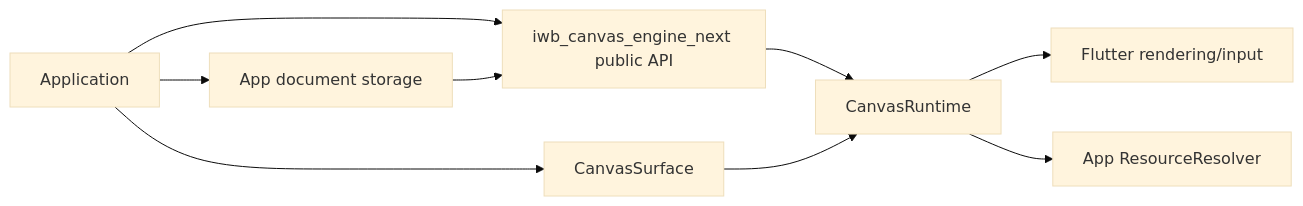
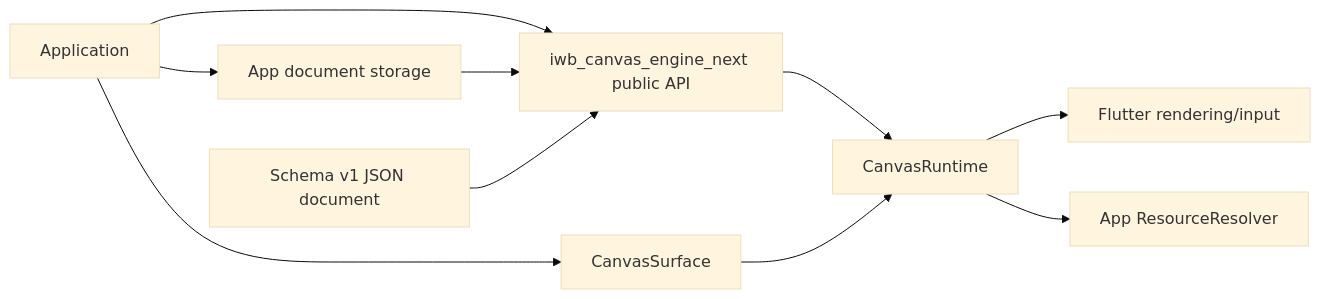
The first of 2 diagrams in next/iwb_canvas_engine_next/docs/architecture/diagrams.md (GreatPika/iwb_canvas_engine), drawn with Mermaid (base theme) before and after one commit. The commit also changed other lines of this file and 12 other files, not shown here.

First line of the commit message:
docs: align next engine diagrams with contracts

````diff
--- a/next/iwb_canvas_engine_next/docs/architecture/diagrams.md
+++ b/next/iwb_canvas_engine_next/docs/architecture/diagrams.md
@@ -74,11 +74,12 @@
 ```mermaid
 flowchart LR
   App[Application] --> API[iwb_canvas_engine_next public API]
   API --> Runtime[CanvasRuntime]
   App --> Surface[CanvasSurface]
   Surface --> Runtime
   Runtime --> Flutter[Flutter rendering/input]
   Runtime --> Resolver[App ResourceResolver]
   App --> Storage[App document storage]
   Storage --> API
+  JsonDocument[Schema v1 JSON document] --> API
 ```
````
